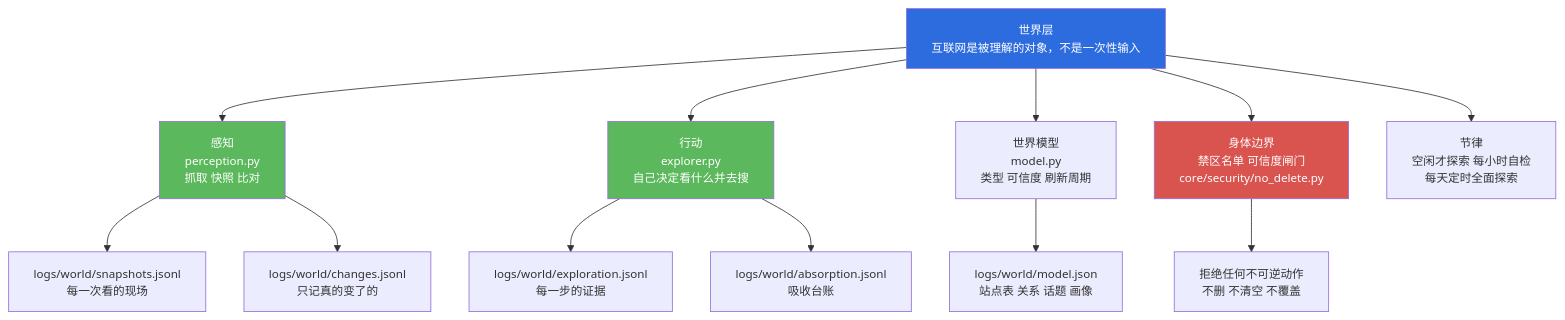
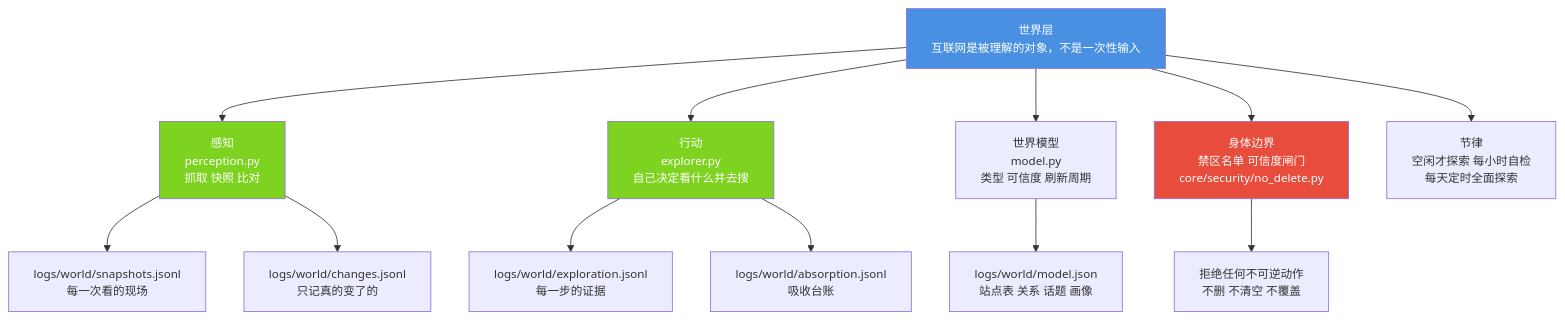
The first of 6 diagrams in docs/modules/06-world.md (jiangchuangege/xiaojiao-harnees), drawn with Mermaid before and after one commit. The commit also changed other lines of this file and 32 other files, not shown here.

Commit message:
统一：全仓原理图配色到一套调色板 + 给 12 张灰图补色 + 修正自己会睡那张过期图

````diff
--- a/docs/modules/06-world.md
+++ b/docs/modules/06-world.md
@@ -146,23 +146,23 @@
 ```mermaid
 %%{init: {"themeVariables": {"fontSize": "14px"}, "flowchart": {"htmlLabels": true, "wrappingWidth": 340, "nodeSpacing": 46, "rankSpacing": 64, "useMaxWidth": true}}}%%
 flowchart TB
     WORLD["世界层<br/>互联网是被理解的对象，不是一次性输入"]
 
     WORLD --> P["感知<br/>perception.py<br/>抓取 快照 比对"]
     WORLD --> A["行动<br/>explorer.py<br/>自己决定看什么并去搜"]
     WORLD --> M["世界模型<br/>model.py<br/>类型 可信度 刷新周期"]
     WORLD --> B["身体边界<br/>禁区名单 可信度闸门<br/>core/security/no_delete.py"]
     WORLD --> R["节律<br/>空闲才探索 每小时自检<br/>每天定时全面探索"]
 
     P --> F1["logs/world/snapshots.jsonl<br/>每一次看的现场"]
     P --> F2["logs/world/changes.jsonl<br/>只记真的变了的"]
     M --> F3["logs/world/model.json<br/>站点表 关系 话题 画像"]
     A --> F4["logs/world/exploration.jsonl<br/>每一步的证据"]
     A --> F5["logs/world/absorption.jsonl<br/>吸收台账"]
     B --> F6["拒绝任何不可逆动作<br/>不删 不清空 不覆盖"]
 
-    style WORLD fill:#2d6cdf,color:#fff
-    style P fill:#5cb85c,color:#fff
-    style A fill:#5cb85c,color:#fff
-    style B fill:#d9534f,color:#fff
+    style WORLD fill:#4A90E2,color:#fff
+    style P fill:#7ED321,color:#fff
+    style A fill:#7ED321,color:#fff
+    style B fill:#E74C3C,color:#fff
 ```
````
